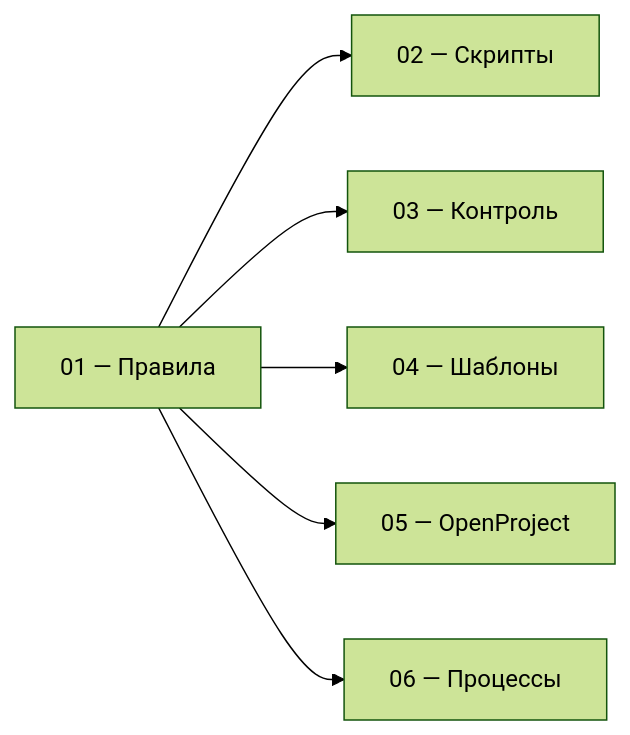
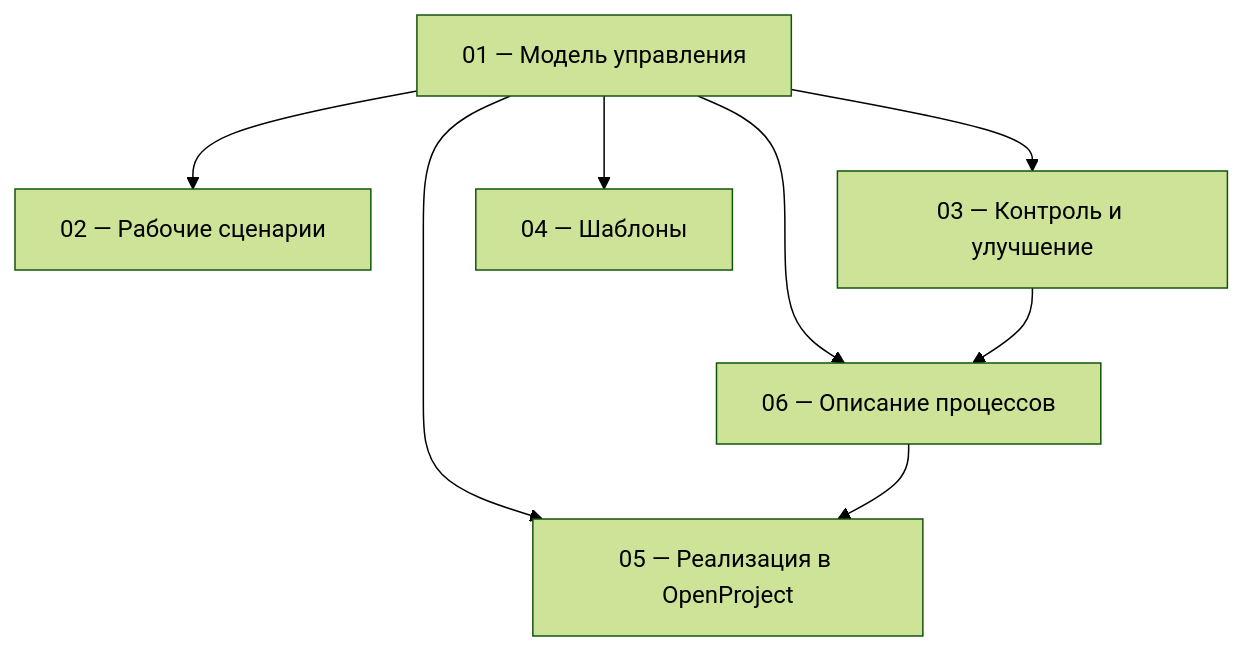
The second of 2 diagrams in README.md (lazuale/department), drawn with Mermaid (forest theme) before and after one commit. The commit also changed other lines of this file, not shown here.

Commit message:
Перепозиционировать документацию как методику управления процессами

````diff
--- a/README.md
+++ b/README.md
@@ -28,8 +50,10 @@
 ```mermaid
-flowchart LR
-    R[01 — Правила] --> S[02 — Скрипты]
-    R --> C[03 — Контроль]
-    R --> T[04 — Шаблоны]
-    R --> O[05 — OpenProject]
-    R --> P[06 — Процессы]
+flowchart TD
+    M[01 — Модель управления] --> S[02 — Рабочие сценарии]
+    M --> C[03 — Контроль и улучшение]
+    M --> T[04 — Шаблоны]
+    M --> O[05 — Реализация в OpenProject]
+    M --> P[06 — Описание процессов]
+    C --> P
+    P --> O
 ```
````
